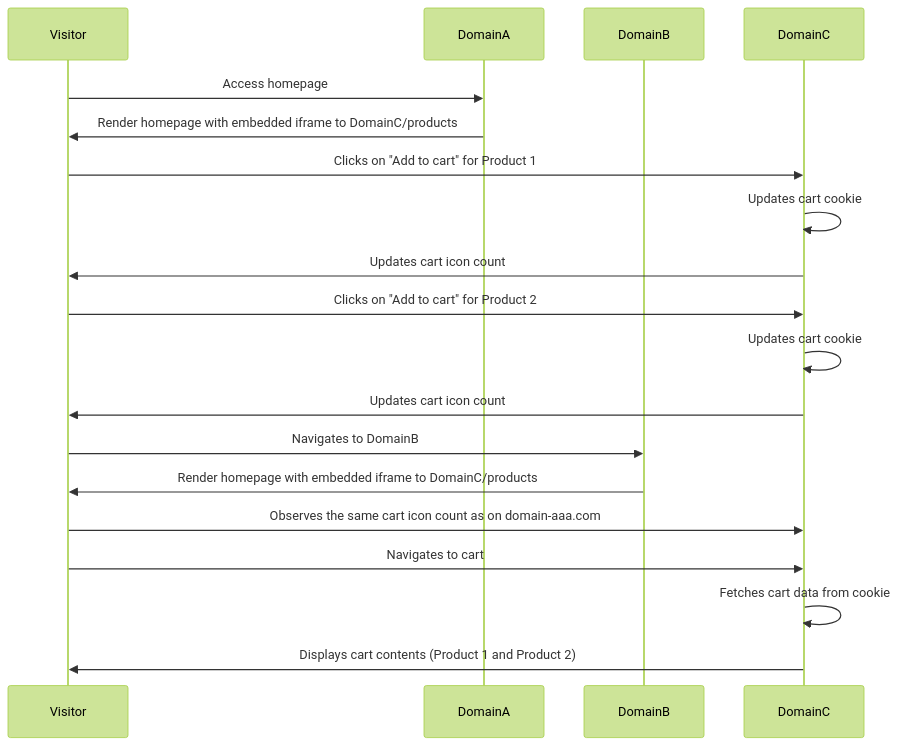
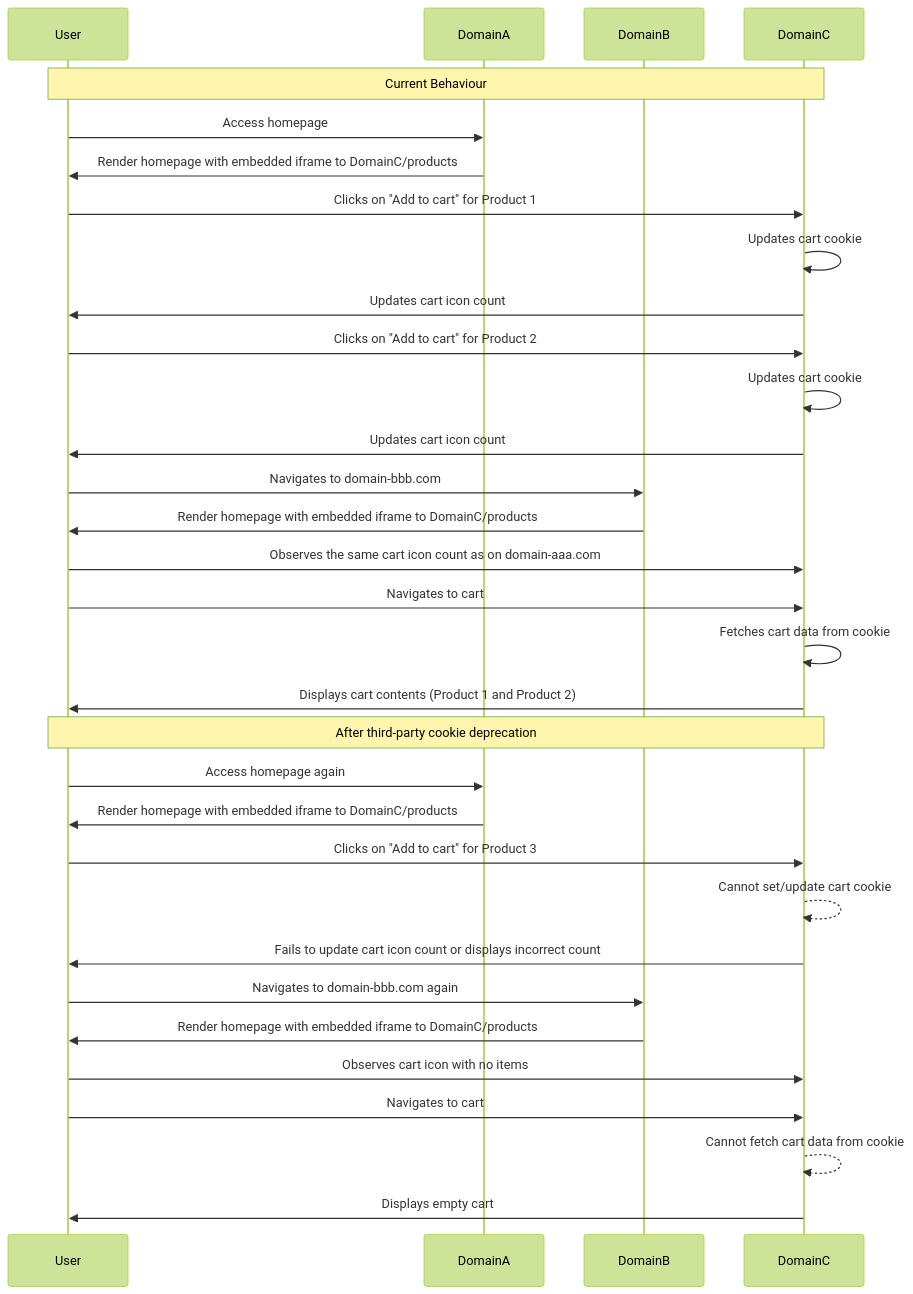
One commit to rtCamp/psat-demos changed the second of 4 diagrams in README.md. Above: the diagram before and after it, drawn with Mermaid (forest theme). The commit also changed other lines of this file, not shown here.

Commit message:
Update sequence diagram in the README.md

````diff
--- a/README.md
+++ b/README.md
@@ -132,22 +132,38 @@
 ```mermaid
 sequenceDiagram
-    participant Visitor
+    participant User
     participant DomainA
     participant DomainB
     participant DomainC
 
-    Visitor->>DomainA: Access homepage
-    DomainA->>Visitor: Render homepage with embedded iframe to DomainC/products
-    Visitor->>DomainC: Clicks on "Add to cart" for Product 1
+    Note over User,DomainC: Current Behaviour
+
+    User->>DomainA: Access homepage
+    DomainA->>User: Render homepage with embedded iframe to DomainC/products
+    User->>DomainC: Clicks on "Add to cart" for Product 1
     DomainC->>DomainC: Updates cart cookie
-    DomainC->>Visitor: Updates cart icon count
-    Visitor->>DomainC: Clicks on "Add to cart" for Product 2
+    DomainC->>User: Updates cart icon count
+    User->>DomainC: Clicks on "Add to cart" for Product 2
     DomainC->>DomainC: Updates cart cookie
-    DomainC->>Visitor: Updates cart icon count
-    Visitor->>DomainB: Navigates to DomainB
-    DomainB->>Visitor: Render homepage with embedded iframe to DomainC/products
-    Visitor->>DomainC: Observes the same cart icon count as on domain-aaa.com
-    Visitor->>DomainC: Navigates to cart
+    DomainC->>User: Updates cart icon count
+    User->>DomainB: Navigates to domain-bbb.com
+    DomainB->>User: Render homepage with embedded iframe to DomainC/products
+    User->>DomainC: Observes the same cart icon count as on domain-aaa.com
+    User->>DomainC: Navigates to cart
     DomainC->>DomainC: Fetches cart data from cookie
-    DomainC->>Visitor: Displays cart contents (Product 1 and Product 2)
+    DomainC->>User: Displays cart contents (Product 1 and Product 2)
+
+    Note over User,DomainC: After third-party cookie deprecation
+
+    User->>DomainA: Access homepage again
+    DomainA->>User: Render homepage with embedded iframe to DomainC/products
+    User->>DomainC: Clicks on "Add to cart" for Product 3
+    DomainC-->>DomainC: Cannot set/update cart cookie
+    DomainC->>User: Fails to update cart icon count or displays incorrect count
+    User->>DomainB: Navigates to domain-bbb.com again
+    DomainB->>User: Render homepage with embedded iframe to DomainC/products
+    User->>DomainC: Observes cart icon with no items
+    User->>DomainC: Navigates to cart
+    DomainC-->>DomainC: Cannot fetch cart data from cookie
+    DomainC->>User: Displays empty cart
 ```
````
